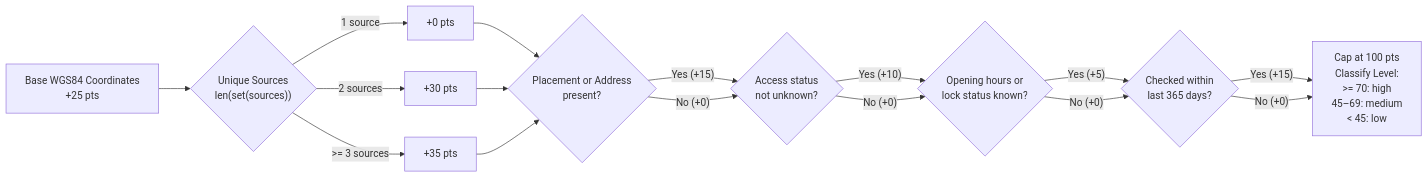
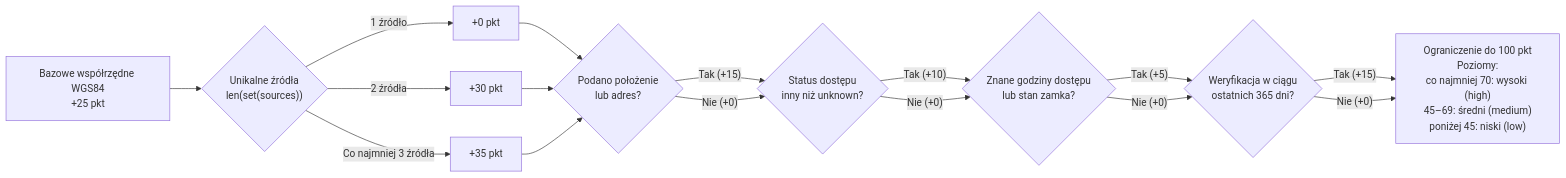
Before and after one commit to RodrigoGaluppo/HACK_NATION_Serce_Okolicy: the fourth of 6 diagrams in README.md, drawn with Mermaid. The commit also changed other lines of this file, not shown here.

````diff
--- a/README.md
+++ b/README.md
@@ -502,16 +532,16 @@
 ```mermaid
 flowchart LR
-  BASE["Base WGS84 Coordinates\n+25 pts"] --> SRC{"Unique Sources\nlen(set(sources))"}
-  SRC -- "1 source" --> S1["+0 pts"]
-  SRC -- "2 sources" --> S2["+30 pts"]
-  SRC -- ">= 3 sources" --> S3["+35 pts"]
-  S1 & S2 & S3 --> PL{"Placement or Address\npresent?"}
-  PL -- "Yes (+15)" --> ACC{"Access status\nnot unknown?"}
-  PL -- "No (+0)" --> ACC
-  ACC -- "Yes (+10)" --> HR{"Opening hours or\nlock status known?"}
-  ACC -- "No (+0)" --> HR
-  HR -- "Yes (+5)" --> DT{"Checked within\nlast 365 days?"}
-  HR -- "No (+0)" --> DT
-  DT -- "Yes (+15)" --> CAP["Cap at 100 pts\nClassify Level:\n>= 70: high\n45–69: medium\n< 45: low"]
-  DT -- "No (+0)" --> CAP
+  BASE["Bazowe współrzędne WGS84\n+25 pkt"] --> SRC{"Unikalne źródła\nlen(set(sources))"}
+  SRC -- "1 źródło" --> S1["+0 pkt"]
+  SRC -- "2 źródła" --> S2["+30 pkt"]
+  SRC -- "Co najmniej 3 źródła" --> S3["+35 pkt"]
+  S1 & S2 & S3 --> PL{"Podano położenie\nlub adres?"}
+  PL -- "Tak (+15)" --> ACC{"Status dostępu\ninny niż unknown?"}
+  PL -- "Nie (+0)" --> ACC
+  ACC -- "Tak (+10)" --> HR{"Znane godziny dostępu\nlub stan zamka?"}
+  ACC -- "Nie (+0)" --> HR
+  HR -- "Tak (+5)" --> DT{"Weryfikacja w ciągu\nostatnich 365 dni?"}
+  HR -- "Nie (+0)" --> DT
+  DT -- "Tak (+15)" --> CAP["Ograniczenie do 100 pkt\nPoziomy:\nco najmniej 70: wysoki (high)\n45–69: średni (medium)\nponiżej 45: niski (low)"]
+  DT -- "Nie (+0)" --> CAP
 ```
````
